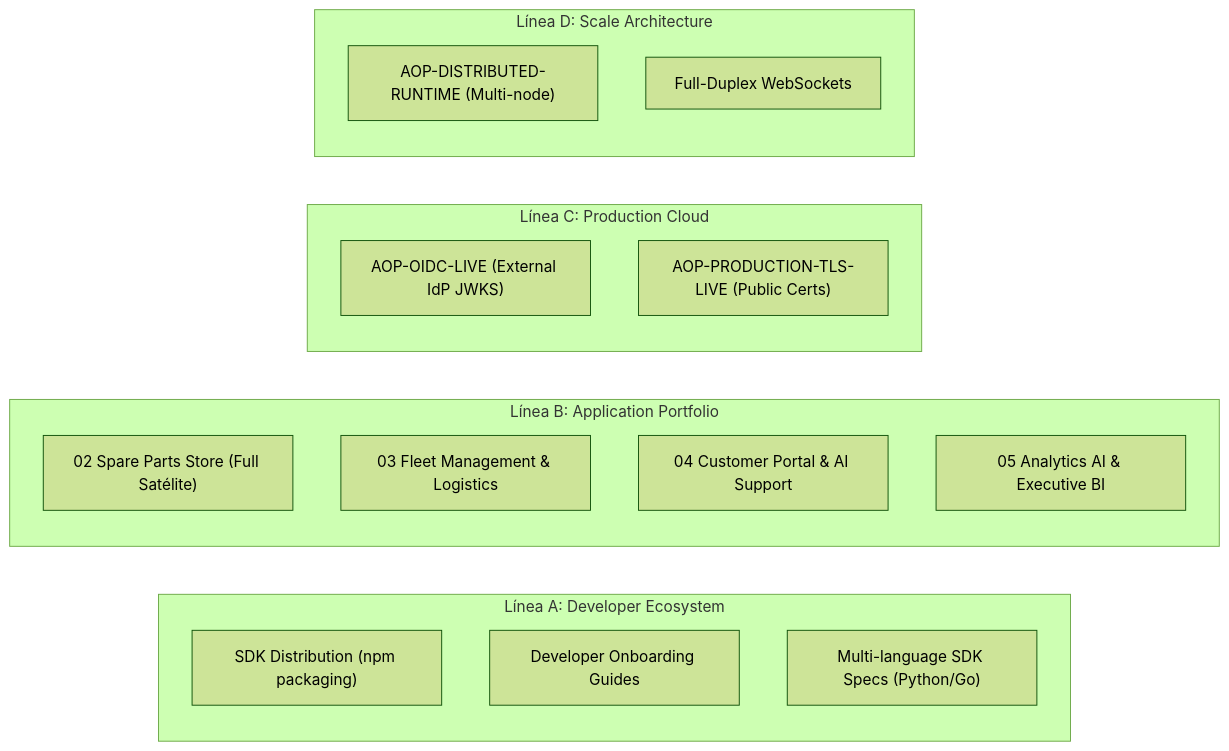
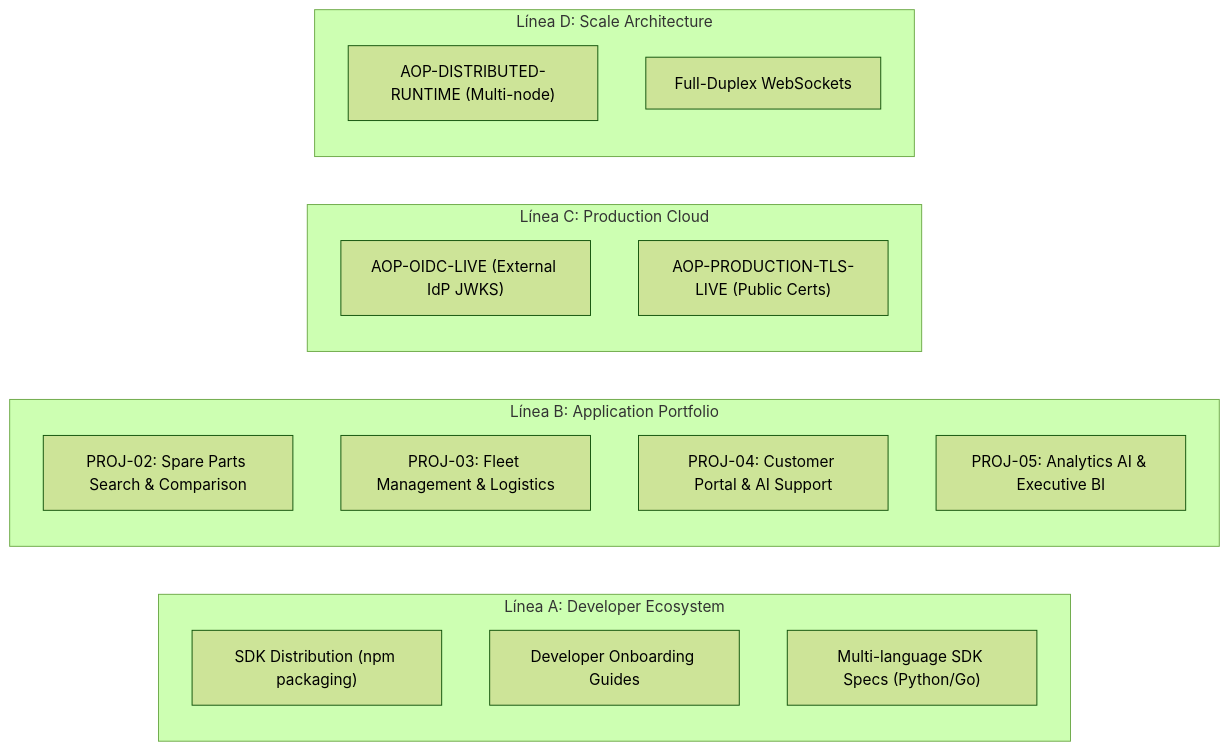
One commit to johangonzahenri/ai-operating-platform changed the fourth of 4 diagrams in docs/MASTER_WORK_PLAN.md. Above: the diagram before and after it, drawn with Mermaid (forest theme). The commit also changed other lines of this file and 25 other files, not shown here.

Commit message:
docs: sync master plan and formalize spare parts product

````diff
--- a/docs/MASTER_WORK_PLAN.md
+++ b/docs/MASTER_WORK_PLAN.md
@@ -339,25 +485,25 @@
 ```mermaid
 flowchart LR
     subgraph LineA["Línea A: Developer Ecosystem"]
         LA1["SDK Distribution (npm packaging)"]
         LA2["Developer Onboarding Guides"]
         LA3["Multi-language SDK Specs (Python/Go)"]
     end
 
     subgraph LineB["Línea B: Application Portfolio"]
-        LB1["02 Spare Parts Store (Full Satélite)"]
-        LB2["03 Fleet Management & Logistics"]
-        LB3["04 Customer Portal & AI Support"]
-        LB4["05 Analytics AI & Executive BI"]
+        LB1["PROJ-02: Spare Parts Search & Comparison"]
+        LB2["PROJ-03: Fleet Management & Logistics"]
+        LB3["PROJ-04: Customer Portal & AI Support"]
+        LB4["PROJ-05: Analytics AI & Executive BI"]
     end
 
     subgraph LineC["Línea C: Production Cloud"]
         LC1["AOP-OIDC-LIVE (External IdP JWKS)"]
         LC2["AOP-PRODUCTION-TLS-LIVE (Public Certs)"]
     end
 
     subgraph LineD["Línea D: Scale Architecture"]
         LD1["AOP-DISTRIBUTED-RUNTIME (Multi-node)"]
         LD2["Full-Duplex WebSockets"]
     end
 ```
````
